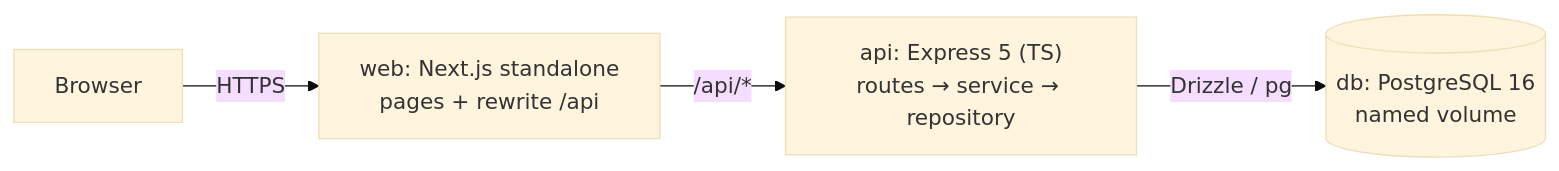
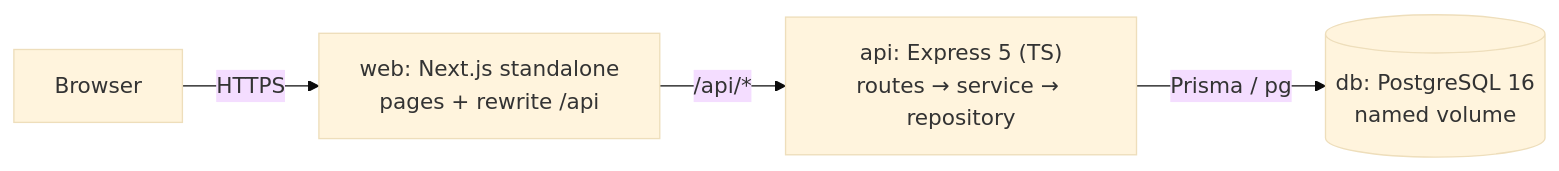
The first of 2 diagrams in docs/discussion/finally/final-architecture.md (Mrdiamond096/meeting-manager), drawn with Mermaid (base theme) before and after one commit. The commit also changed other lines of this file and 6 other files, not shown here.

Commit message:
docs(adr): switch data access decision from Drizzle to Prisma

````diff
--- a/docs/discussion/finally/final-architecture.md
+++ b/docs/discussion/finally/final-architecture.md
@@ -35,6 +35,6 @@
 ```mermaid
 flowchart LR
   Browser -->|HTTPS| Proxy["web: Next.js standalone<br/>pages + rewrite /api"]
   Proxy -->|/api/*| API["api: Express 5 (TS)<br/>routes → service → repository"]
-  API -->|Drizzle / pg| DB[("db: PostgreSQL 16<br/>named volume")]
+  API -->|Prisma / pg| DB[("db: PostgreSQL 16<br/>named volume")]
 ```
````
